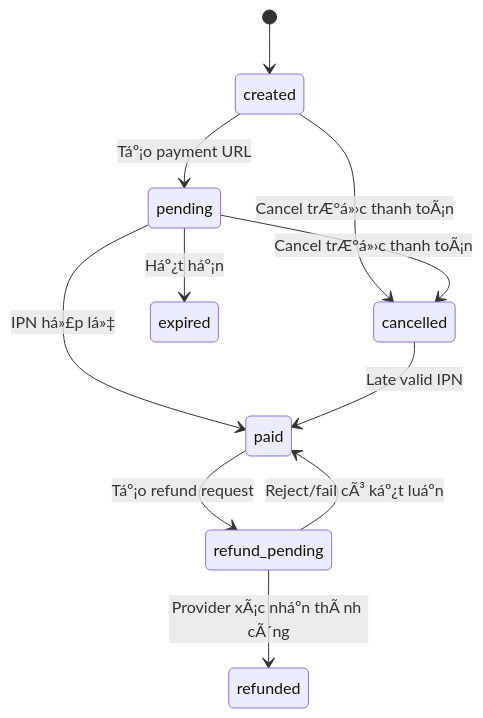
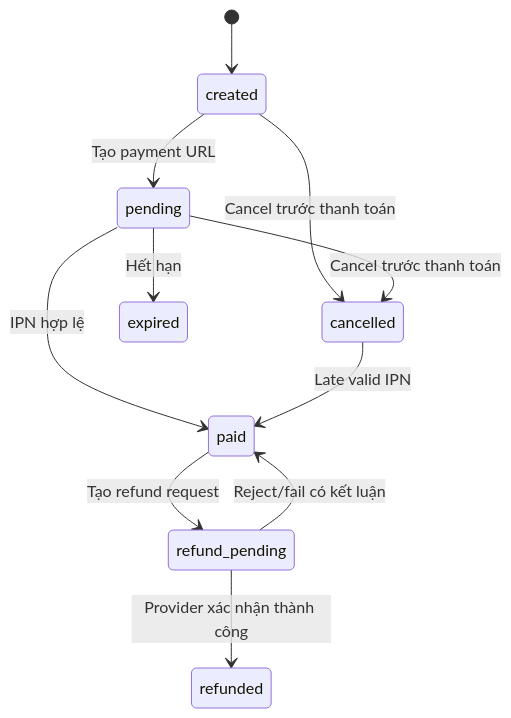
One commit to Bakaguya-sama/Healthcare-System changed the third of 4 diagrams in docs/product-spec.md. Above: the diagram before and after it, drawn with Mermaid. The commit also changed other lines of this file, not shown here.

````diff
--- a/docs/product-spec.md
+++ b/docs/product-spec.md
@@ -561,13 +560,13 @@
 ```mermaid
 stateDiagram-v2
     [*] --> created
-    created --> pending: Táº¡o payment URL
-    created --> cancelled: Cancel trÆ°á»›c thanh toÃ¡n
-    pending --> cancelled: Cancel trÆ°á»›c thanh toÃ¡n
-    pending --> paid: IPN há»£p lá»‡
-    pending --> expired: Háº¿t háº¡n
+    created --> pending: Tạo payment URL
+    created --> cancelled: Cancel trước thanh toán
+    pending --> cancelled: Cancel trước thanh toán
+    pending --> paid: IPN hợp lệ
+    pending --> expired: Hết hạn
     cancelled --> paid: Late valid IPN
-    paid --> refund_pending: Táº¡o refund request
-    refund_pending --> paid: Reject/fail cÃ³ káº¿t luáº­n
-    refund_pending --> refunded: Provider xÃ¡c nháº­n thÃ nh cÃ´ng
+    paid --> refund_pending: Tạo refund request
+    refund_pending --> paid: Reject/fail có kết luận
+    refund_pending --> refunded: Provider xác nhận thành công
 ```
````
